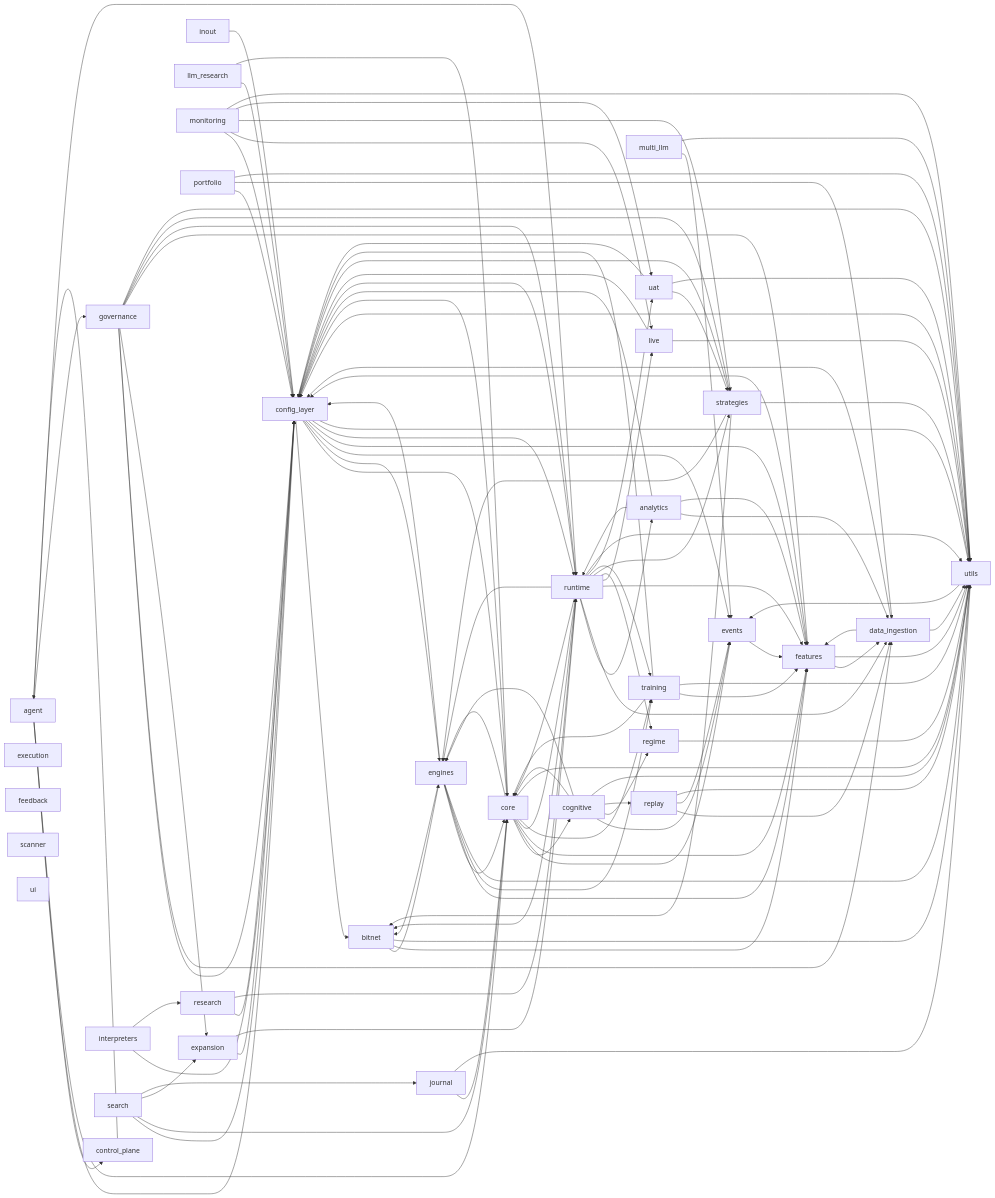
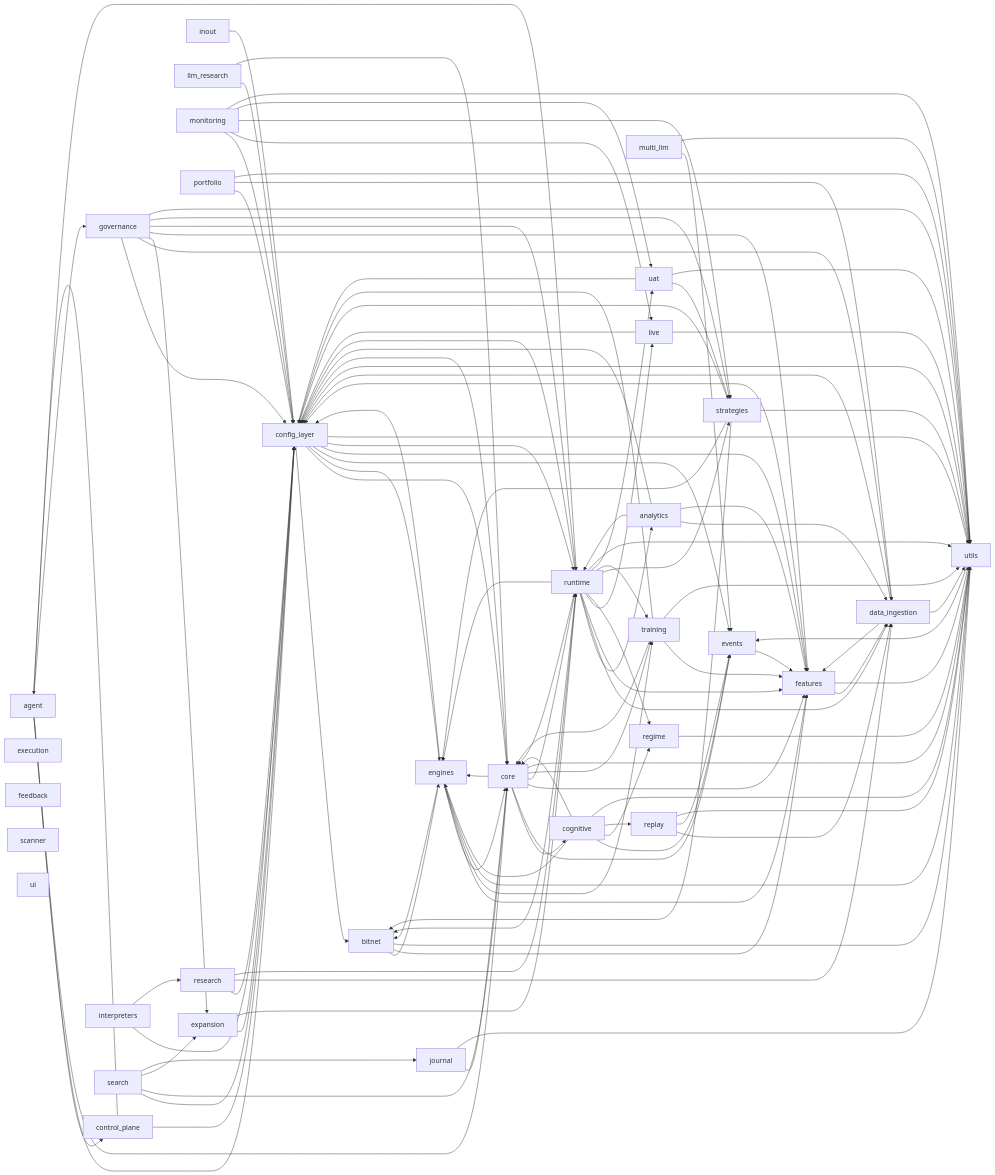
Before and after one commit to Chaithu1995-0312/TradeHlt: the first of 35 diagrams in docs/architecture/code-map.generated.md, drawn with Mermaid. The commit also changed other lines of this file and 20 other files, not shown here.

First line of the commit message:
feat(flow-context): M2 analyst report + M2P pluggable providers + M5 workflow-node Context

```diff
--- a/docs/architecture/code-map.generated.md
+++ b/docs/architecture/code-map.generated.md
@@ -68,6 +68,7 @@
     config_layer --> runtime
     config_layer --> utils
     control_plane --> agent
+    control_plane --> config_layer
     core --> cognitive
     core --> config_layer
     core --> engines
@@ -122,6 +123,7 @@
     replay --> events
     replay --> utils
     research --> config_layer
+    research --> data_ingestion
     research --> runtime
     runtime --> analytics
     runtime --> bitnet
```
